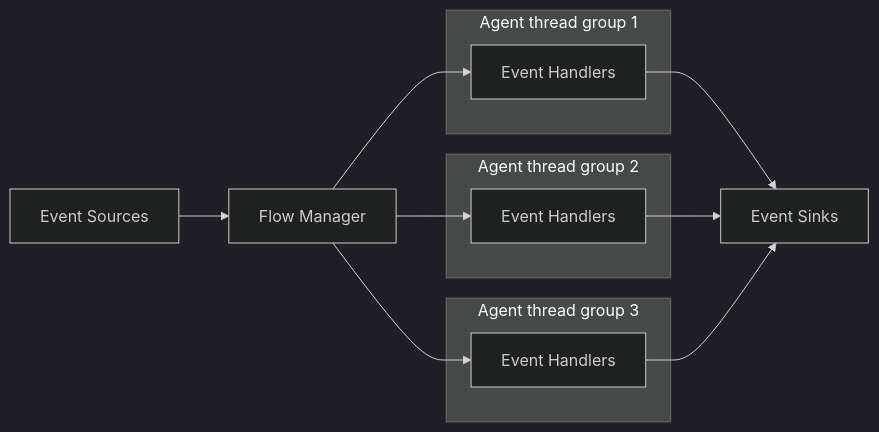
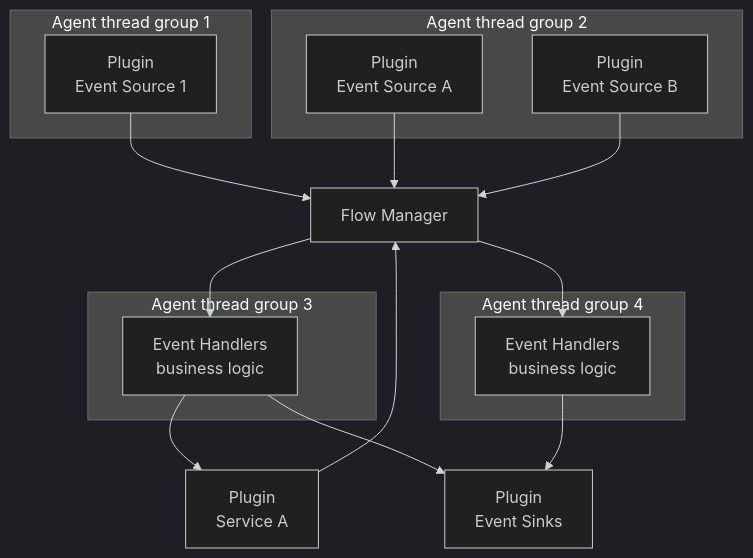
One commit to gregv12/fluxtion-server changed the first of 2 diagrams in docs/guide/overview.md. Above: the diagram before and after it, drawn with Mermaid (dark theme). The commit also changed other lines of this file and 46 other files, not shown here.

````diff
--- a/docs/guide/overview.md
+++ b/docs/guide/overview.md
@@ -8,20 +8,33 @@
 ```mermaid
-graph LR
-ES[Event Sources] --> FM[Flow Manager]
-FM --> EH1[Event Handlers]
-FM --> EH2[Event Handlers]
-FM --> EH3[Event Handlers]
-EH1 --> ESK[Event Sinks]
-EH2 --> ESK[Event Sinks]
-EH3 --> ESK[Event Sinks]
+graph TD
 
+    ES[Plugin<br>Event Source 1] --> FM[Flow Manager]
+    ES2[Plugin<br>Event Source A] --> FM[Flow Manager]
+    ES3[Plugin<br>Event Source B] --> FM[Flow Manager]
+
+    SVCA[Plugin<br>Service A] --> FM
+    EH1 --> SVCA
+
+    FM --> EH1[Event Handlers <br>business logic]
+    FM --> EH2[Event Handlers <br>business logic]
+
+    EH1 --> ESK[Plugin<br>Event Sinks]
+    EH2 --> ESK[Plugin<br>Event Sinks]
+
+   subgraph "Agent thread group 2"
+        ES2
+        ES3
+    end
+    
     subgraph "Agent thread group 1"
+        ES
+    end
+
+    subgraph "Agent thread group 3"
         EH1
     end
-    subgraph "Agent thread group 2"
+    subgraph "Agent thread group 4"
         EH2
     end
-    subgraph "Agent thread group 3"
-        EH3
-    end
+
 ```
````
